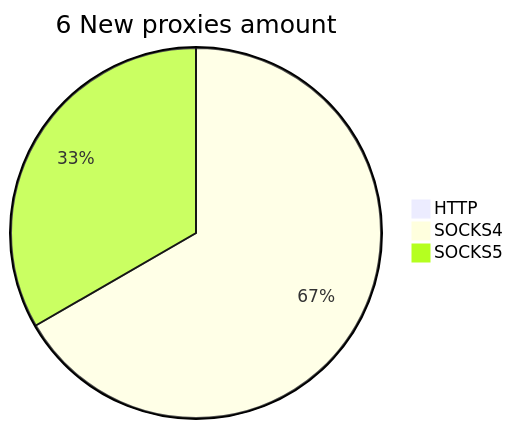
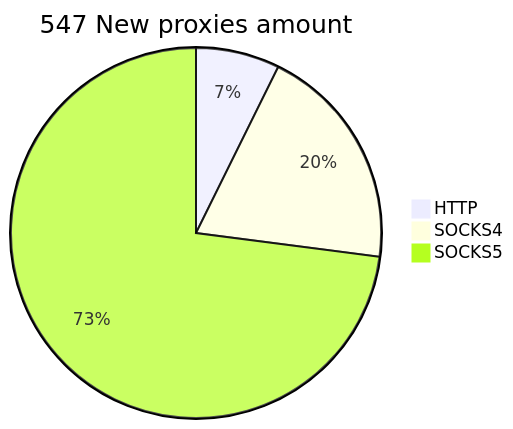
The second of 2 diagrams in README.md (cutipu/proxylist), drawn with Mermaid before and after one commit. The commit also changed other lines of this file, not shown here.

````diff
--- a/README.md
+++ b/README.md
@@ -10,6 +10,6 @@
 ```mermaid
-pie title 6 New proxies amount
-    "HTTP" : 0
-    "SOCKS4" : 4
-    "SOCKS5" : 2
+pie title 547 New proxies amount
+    "HTTP" : 40
+    "SOCKS4" : 108
+    "SOCKS5" : 399
 ```
````
